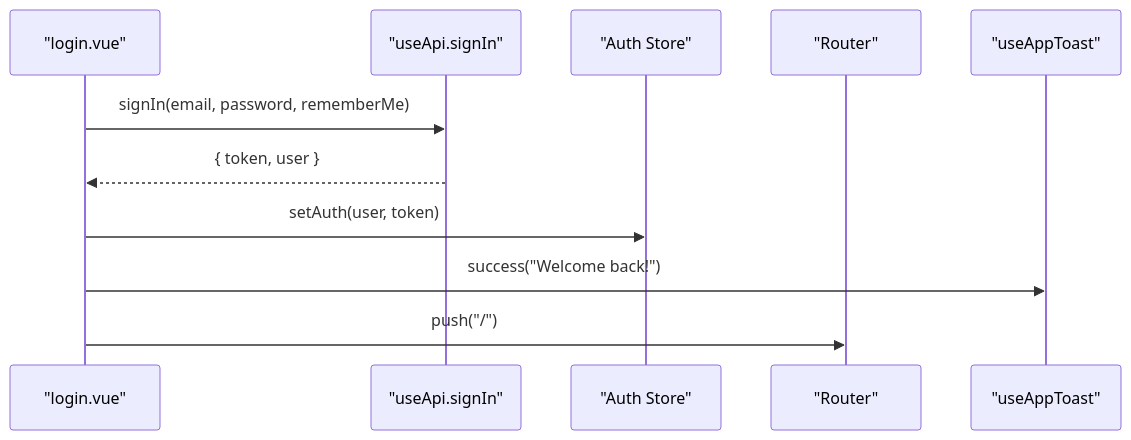
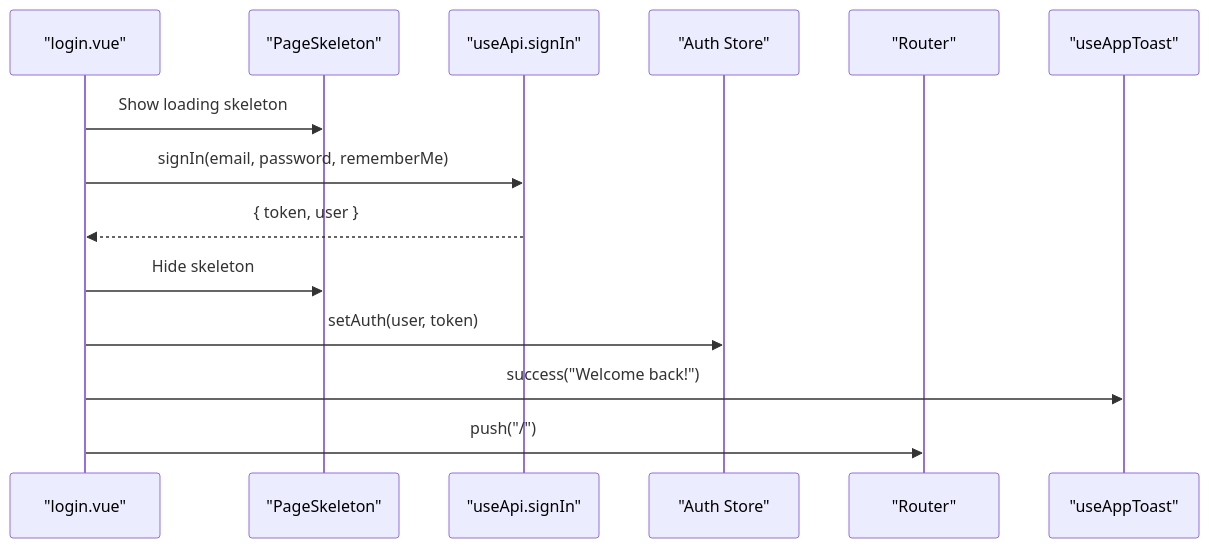
The seventh of 8 diagrams in .qoder/repowiki/en/content/Architecture & Design/API Integration & Communication.md (Lazynerd-Studios/lacarte-atlas-console), drawn with Mermaid before and after one commit. The commit also changed other lines of this file and 14 other files, not shown here.

````diff
--- a/.qoder/repowiki/en/content/Architecture & Design/API Integration & Communication.md
+++ b/.qoder/repowiki/en/content/Architecture & Design/API Integration & Communication.md
@@ -302,13 +366,16 @@
 ```mermaid
 sequenceDiagram
 participant Login as "login.vue"
+participant Skeleton as "PageSkeleton"
 participant Api as "useApi.signIn"
 participant Auth as "Auth Store"
 participant Router as "Router"
 participant Toast as "useAppToast"
+Login->>Skeleton : Show loading skeleton
 Login->>Api : signIn(email, password, rememberMe)
 Api-->>Login : { token, user }
+Login->>Skeleton : Hide skeleton
 Login->>Auth : setAuth(user, token)
 Login->>Toast : success("Welcome back!")
 Login->>Router : push("/")
 ```
````
